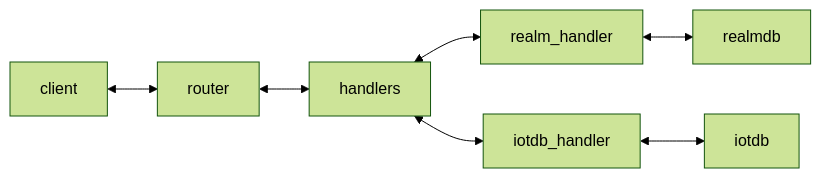
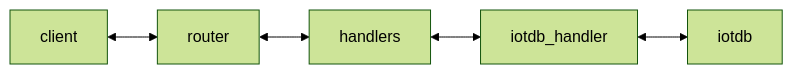
The diagram in cdsp/information-layer/README.md (COVESA/cdsp), drawn with Mermaid (forest theme) before and after one commit. The commit also changed other lines of this file and 13 other files, not shown here.

````diff
--- a/cdsp/information-layer/README.md
+++ b/cdsp/information-layer/README.md
@@ -13,9 +13,7 @@
 ```mermaid
 flowchart LR
     client <--> router
     router <--> handlers
-    handlers <--> realm_handler
     handlers <--> iotdb_handler
-    realm_handler <--> realmdb
     iotdb_handler <--> iotdb
 ```
````
